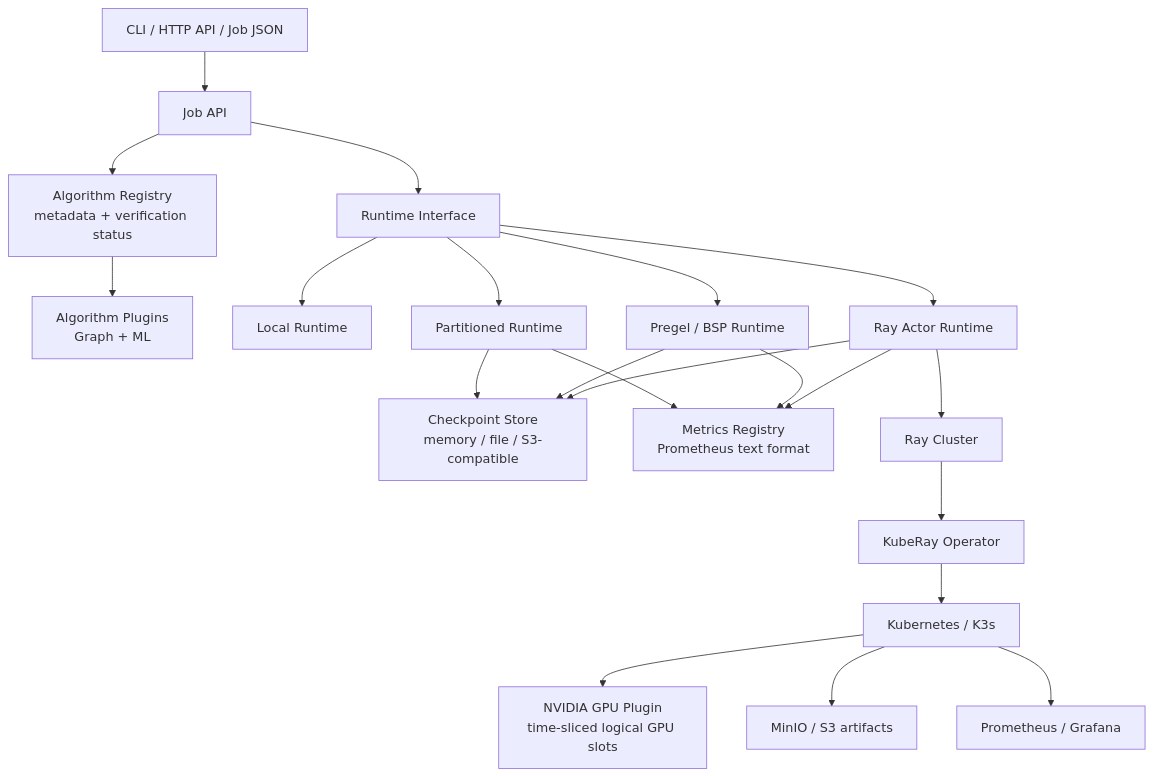
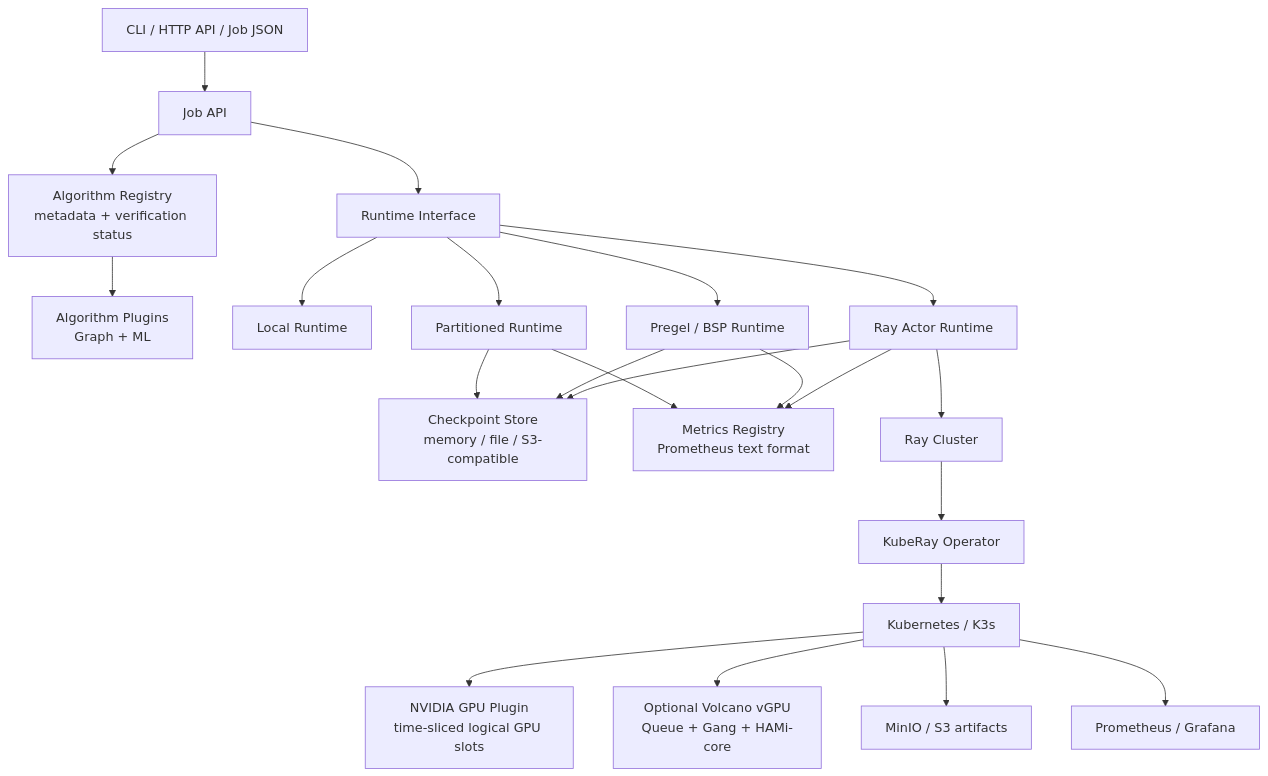
The diagram in README.md (charlesxu91/DistAlgo), drawn with Mermaid before and after one commit. The commit also changed other lines of this file and 14 other files, not shown here.

Commit message:
Document Volcano HAMi GPU virtualization path

````diff
--- a/README.md
+++ b/README.md
@@ -34,27 +34,28 @@
 ```mermaid
 flowchart TB
     User["CLI / HTTP API / Job JSON"] --> API["Job API"]
     API --> Registry["Algorithm Registry\nmetadata + verification status"]
     Registry --> Plugins["Algorithm Plugins\nGraph + ML"]
 
     API --> Runtime["Runtime Interface"]
     Runtime --> Local["Local Runtime"]
     Runtime --> Partitioned["Partitioned Runtime"]
     Runtime --> Pregel["Pregel / BSP Runtime"]
     Runtime --> RayActor["Ray Actor Runtime"]
 
     Partitioned --> Checkpoint["Checkpoint Store\nmemory / file / S3-compatible"]
     Pregel --> Checkpoint
     RayActor --> Checkpoint
 
     Partitioned --> Metrics["Metrics Registry\nPrometheus text format"]
     Pregel --> Metrics
     RayActor --> Metrics
 
     RayActor --> Ray["Ray Cluster"]
     Ray --> KubeRay["KubeRay Operator"]
     KubeRay --> K8s["Kubernetes / K3s"]
     K8s --> GPU["NVIDIA GPU Plugin\ntime-sliced logical GPU slots"]
+    K8s --> Volcano["Optional Volcano vGPU\nQueue + Gang + HAMi-core"]
     K8s --> MinIO["MinIO / S3 artifacts"]
     K8s --> Prometheus["Prometheus / Grafana"]
 ```
````
